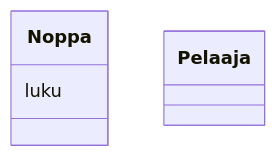
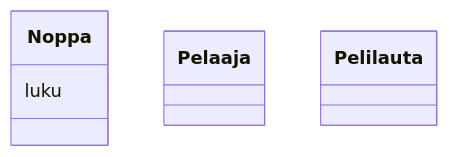
One commit to Yahimoh/ot-harjoitustyo changed the diagram in laskarit/viikko3/Monopoli_kaavio.md. Above: the diagram before and after it, drawn with Mermaid.

Commit message:
Monopoli vaihettu testin vuoksi

````diff
--- a/laskarit/viikko3/Monopoli_kaavio.md
+++ b/laskarit/viikko3/Monopoli_kaavio.md
@@ -1,9 +1,12 @@
 ```mermaid
  classDiagram
 	class Noppa {
 		luku
 	}
 
         class Pelaaja {     
         }
+
+	class Pelilauta {
+	}
 ```
````
